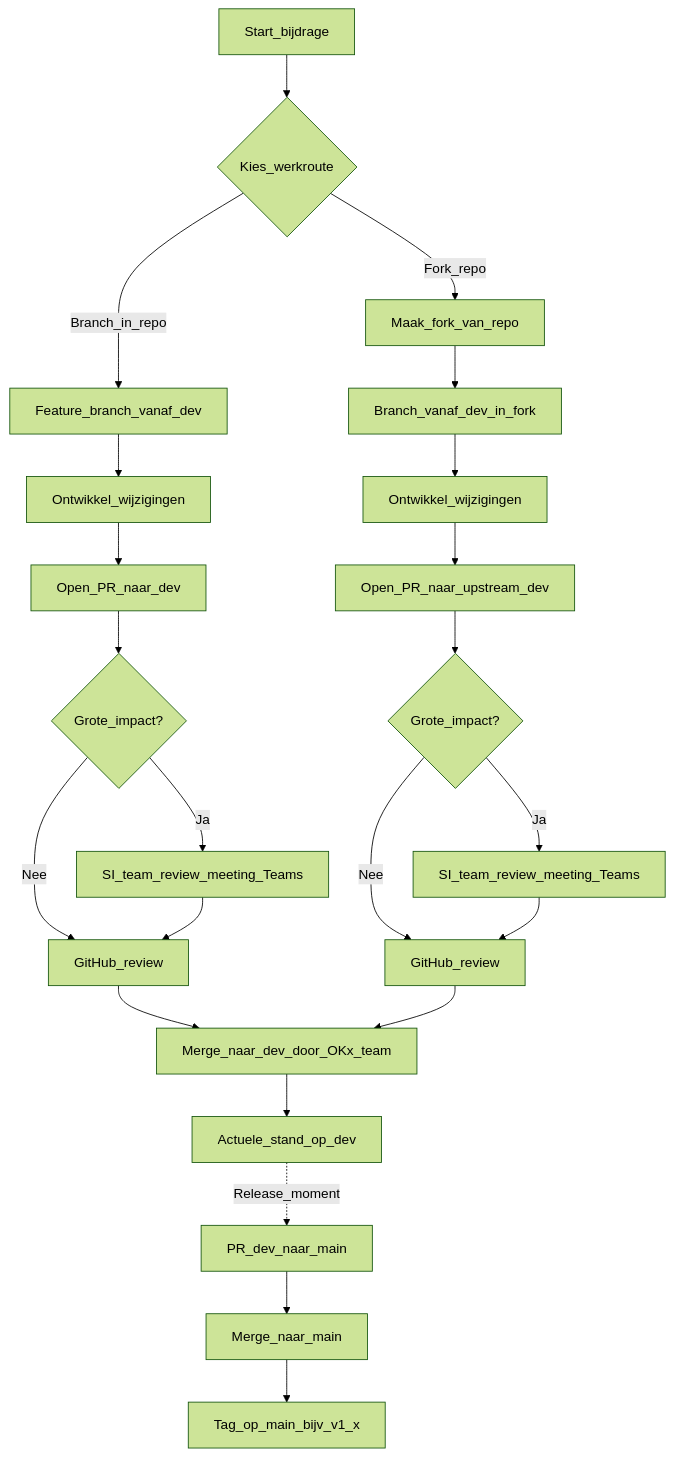
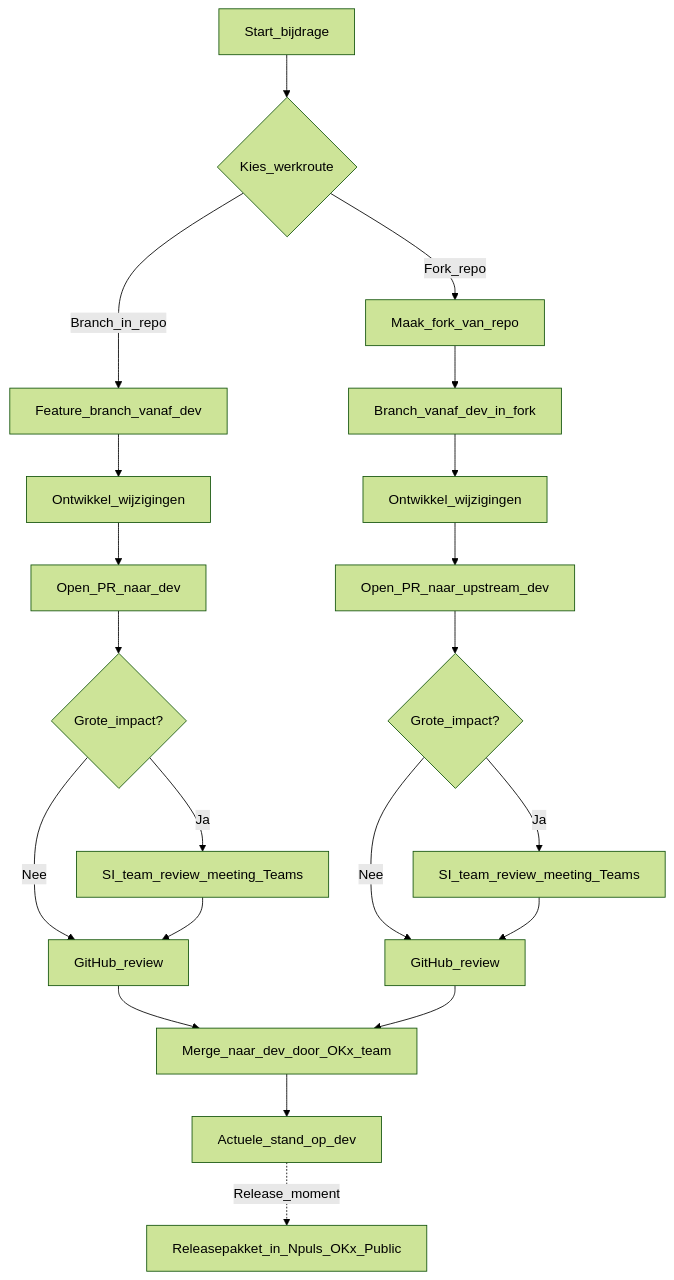
The diagram in CONTRIBUTING.md (Npuls-OKx/meta), drawn with Mermaid (forest theme) before and after one commit. The commit also changed other lines of this file, not shown here.

First line of the commit message:
Bijdragen, branchlijn: diagram zonder main en tekst zonder em-dash

````diff
--- a/CONTRIBUTING.md
+++ b/CONTRIBUTING.md
@@ -63,28 +63,26 @@
 ```mermaid
 flowchart TD
   start[Start_bijdrage] --> choose{Kies_werkroute}
 
   choose -->|Branch_in_repo| branchCreate[Feature_branch_vanaf_dev]
   branchCreate --> work[Ontwikkel_wijzigingen]
   work --> prDev[Open_PR_naar_dev]
   prDev --> impact{Grote_impact?}
   impact -->|Nee| review[GitHub_review]
   impact -->|Ja| siReview[SI_team_review_meeting_Teams]
   siReview --> review
   review --> mergeDev[Merge_naar_dev_door_OKx_team]
   mergeDev --> endDev[Actuele_stand_op_dev]
 
   choose -->|Fork_repo| fork[Maak_fork_van_repo]
   fork --> forkBranch[Branch_vanaf_dev_in_fork]
   forkBranch --> forkWork[Ontwikkel_wijzigingen]
   forkWork --> forkPr[Open_PR_naar_upstream_dev]
   forkPr --> impact2{Grote_impact?}
   impact2 -->|Nee| review2[GitHub_review]
   impact2 -->|Ja| siReview2[SI_team_review_meeting_Teams]
   siReview2 --> review2
   review2 --> mergeDev
 
-  endDev -.->|Release_moment| prMain[PR_dev_naar_main]
-  prMain --> mergeMain[Merge_naar_main]
-  mergeMain --> tag[Tag_op_main_bijv_v1_x]
+  endDev -.->|Release_moment| release[Releasepakket_in_Npuls_OKx_Public]
 ```
````
